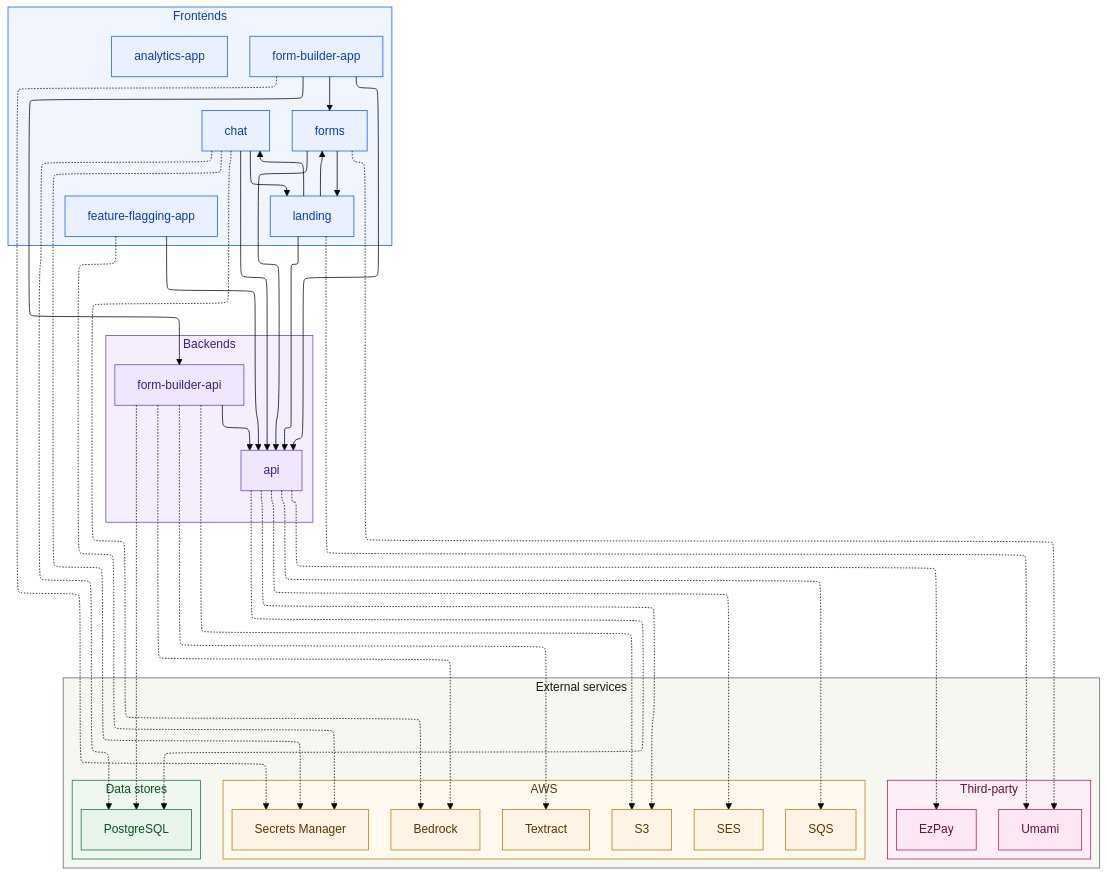
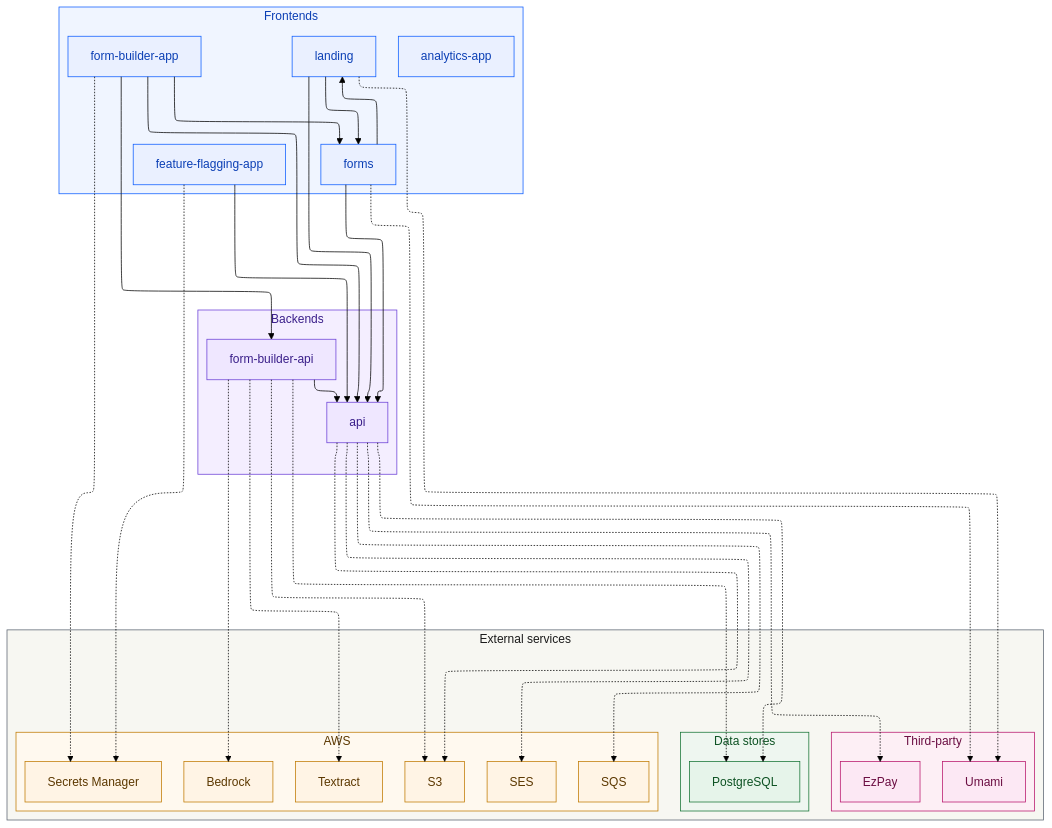
Before and after one commit to govtech-bb/gov-bb: the diagram in README.md, drawn with Mermaid (forest theme). The commit also changed other lines of this file and 159 other files, not shown here.

First line of the commit message:
chore(chat): remove app moved to govbb-chatbot

```diff
--- a/README.md
+++ b/README.md
@@ -79,7 +76,6 @@
   subgraph frontends_group [Frontends]
     direction LR
     analytics_app["analytics-app"]
-    chat["chat"]
     feature_flagging_app["feature-flagging-app"]
     form_builder_app["form-builder-app"]
     forms["forms"]
@@ -112,8 +108,6 @@
     end
   end
 
-  chat --> api
-  chat --> landing
   feature_flagging_app --> api
   form_builder_api --> api
   form_builder_app --> api
@@ -122,7 +116,6 @@
   forms --> api
   forms --> landing
   landing --> api
-  landing --> chat
   landing --> forms
 
   api -.-> aws_s3
@@ -130,9 +123,6 @@
   api -.-> aws_sqs
   api -.-> ezpay
   api -.-> postgres
-  chat -.-> aws_bedrock
-  chat -.-> aws_secrets_mgr
-  chat -.-> postgres
   feature_flagging_app -.-> aws_secrets_mgr
   form_builder_api -.-> aws_bedrock
   form_builder_api -.-> aws_s3
@@ -147,7 +137,7 @@
   classDef aws fill:#fff4e5,stroke:#c07a00,color:#5c3800;
   classDef data fill:#e6f4ea,stroke:#137333,color:#0d5223;
   classDef tp fill:#fce8f4,stroke:#b8156b,color:#6b0e42;
-  class analytics_app,chat,feature_flagging_app,form_builder_app,forms,landing frontend;
+  class analytics_app,feature_flagging_app,form_builder_app,forms,landing frontend;
   class api,form_builder_api backend;
   class aws_bedrock,aws_s3,aws_secrets_mgr,aws_ses,aws_sqs,aws_textract aws;
   class postgres data;
```
